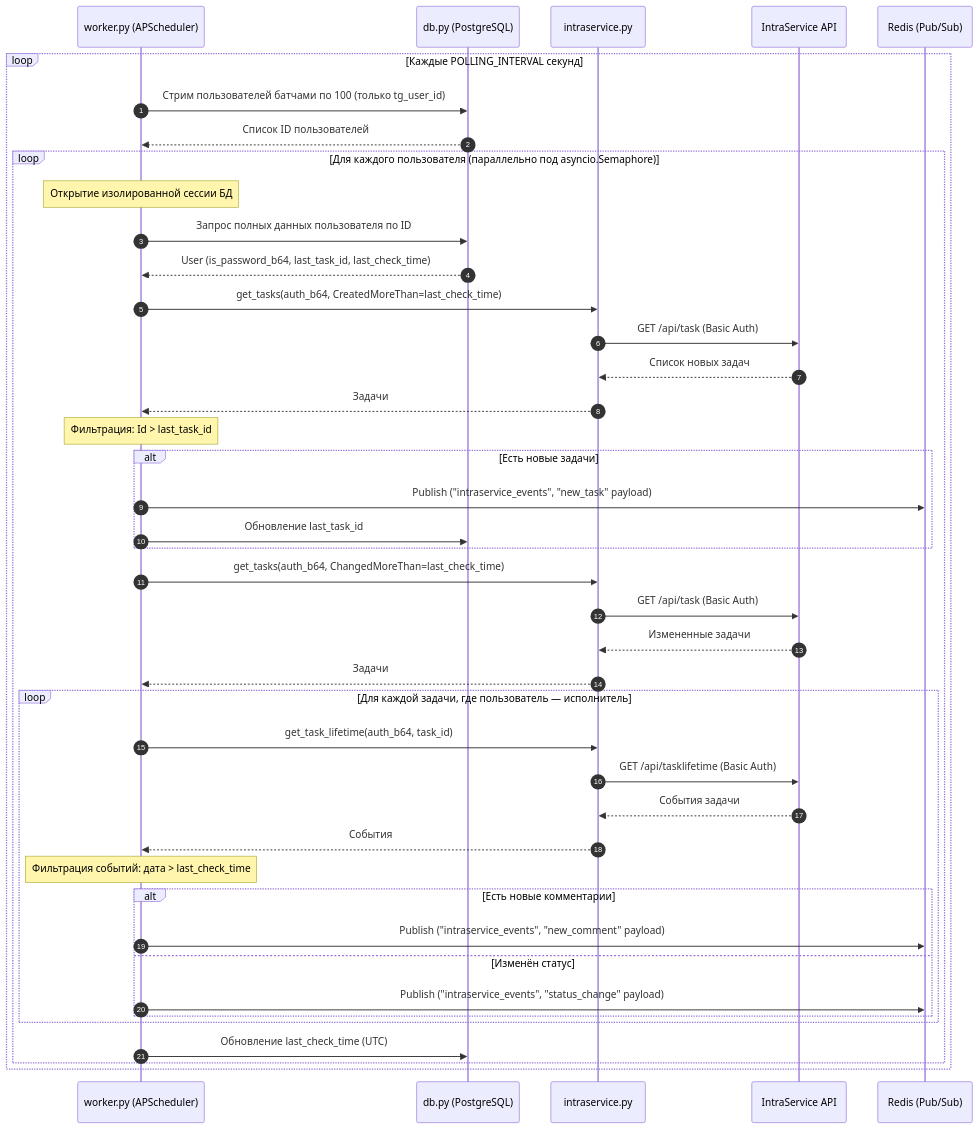
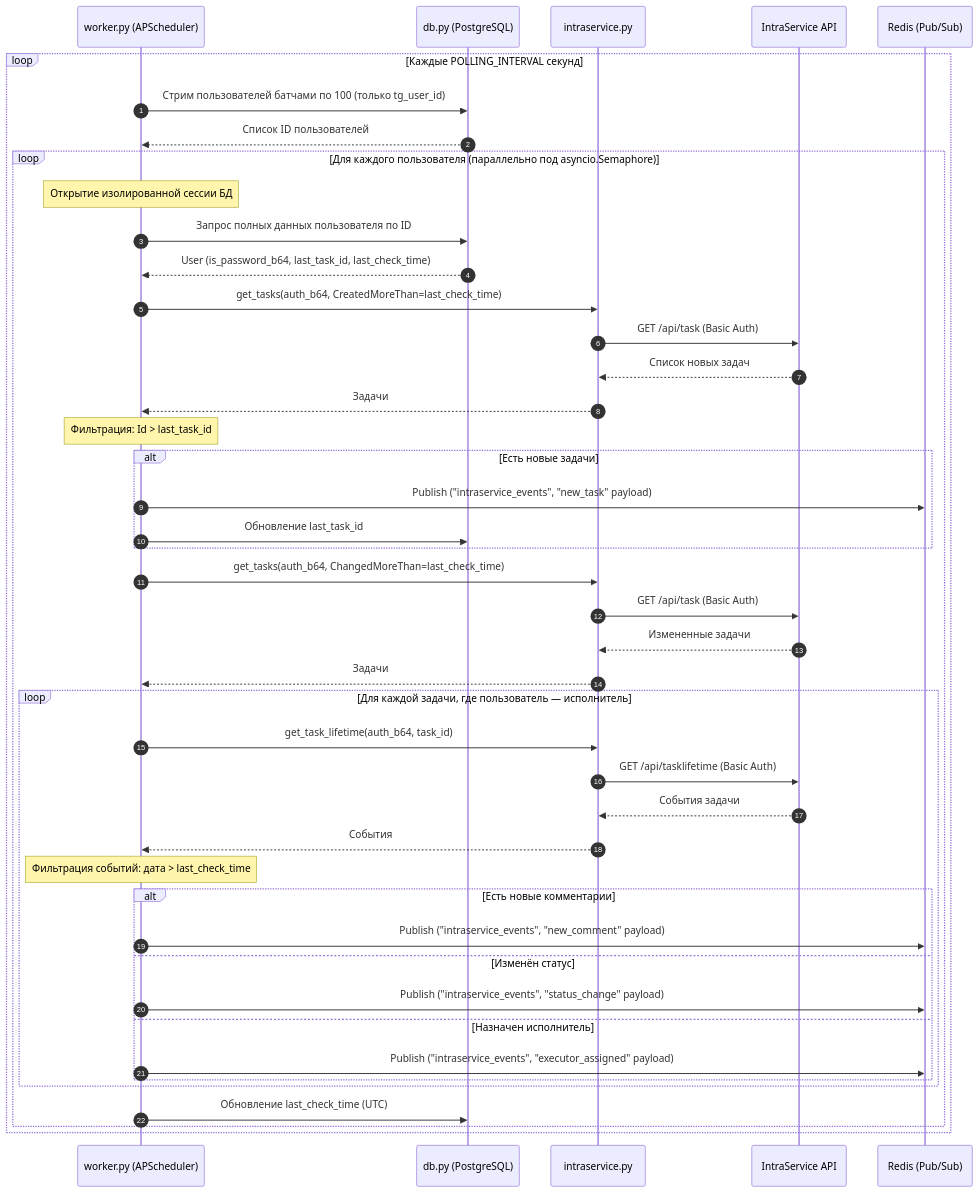
Before and after one commit to Unlesssebl/IntraLink: the third of 5 diagrams in docs/architecture.md, drawn with Mermaid. The commit also changed 11 other files, not shown here.

Commit message:
feat(printer-worker): add action config, tcpip ip check on fast-track & executor_assigned event

````diff
--- a/docs/architecture.md
+++ b/docs/architecture.md
@@ -212,50 +212,52 @@
 ```mermaid
 sequenceDiagram
     autonumber
     participant Work as worker.py (APScheduler)
     participant CoreDB as db.py (PostgreSQL)
     participant CoreIS as intraservice.py
     participant IS as IntraService API
     participant Redis as Redis (Pub/Sub)
 
     loop Каждые POLLING_INTERVAL секунд
         Work->>CoreDB: Стрим пользователей батчами по 100 (только tg_user_id)
         CoreDB-->>Work: Список ID пользователей
         
         loop Для каждого пользователя (параллельно под asyncio.Semaphore)
             Note over Work: Открытие изолированной сессии БД
             Work->>CoreDB: Запрос полных данных пользователя по ID
             CoreDB-->>Work: User (is_password_b64, last_task_id, last_check_time)
             
             Work->>CoreIS: get_tasks(auth_b64, CreatedMoreThan=last_check_time)
             CoreIS->>IS: GET /api/task (Basic Auth)
             IS-->>CoreIS: Список новых задач
             CoreIS-->>Work: Задачи
             Note over Work: Фильтрация: Id > last_task_id
             alt Есть новые задачи
                 Work->>Redis: Publish ("intraservice_events", "new_task" payload)
                 Work->>CoreDB: Обновление last_task_id
             end
 
             Work->>CoreIS: get_tasks(auth_b64, ChangedMoreThan=last_check_time)
             CoreIS->>IS: GET /api/task (Basic Auth)
             IS-->>CoreIS: Измененные задачи
             CoreIS-->>Work: Задачи
             
             loop Для каждой задачи, где пользователь — исполнитель
                 Work->>CoreIS: get_task_lifetime(auth_b64, task_id)
                 CoreIS->>IS: GET /api/tasklifetime (Basic Auth)
                 IS-->>CoreIS: События задачи
                 CoreIS-->>Work: События
                 Note over Work: Фильтрация событий: дата > last_check_time
                 alt Есть новые комментарии
                     Work->>Redis: Publish ("intraservice_events", "new_comment" payload)
                 else Изменён статус
                     Work->>Redis: Publish ("intraservice_events", "status_change" payload)
+                else Назначен исполнитель
+                    Work->>Redis: Publish ("intraservice_events", "executor_assigned" payload)
                 end
             end
 
             Work->>CoreDB: Обновление last_check_time (UTC)
         end
     end
 ```
````
